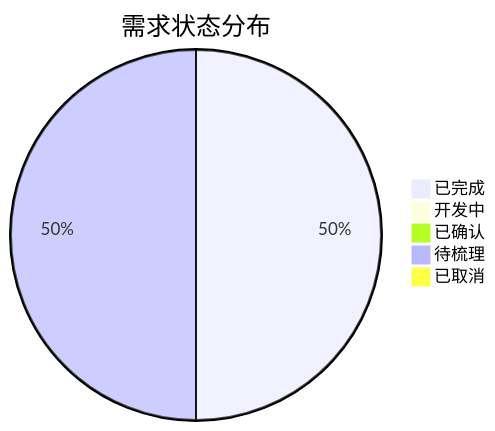
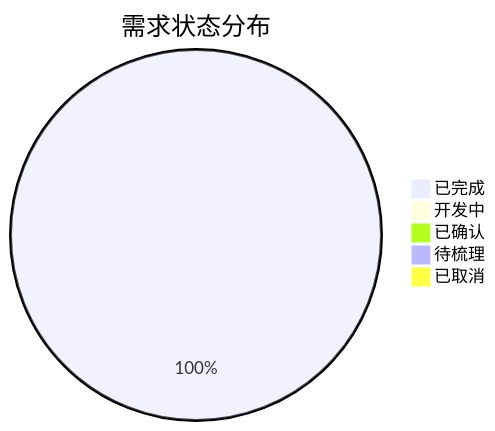
One commit to hhyouyou/eaves changed the second of 2 diagrams in doc/requirements/index.md. Above: the diagram before and after it, drawn with Mermaid. The commit also changed other lines of this file and 3 other files, not shown here.

````diff
--- a/doc/requirements/index.md
+++ b/doc/requirements/index.md
@@ -73,9 +74,9 @@
 ```mermaid
 pie
     title 需求状态分布
-    "已完成" : 1
+    "已完成" : 2
     "开发中" : 0
     "已确认" : 0
-    "待梳理" : 1
+    "待梳理" : 0
     "已取消" : 0
 ```
````
